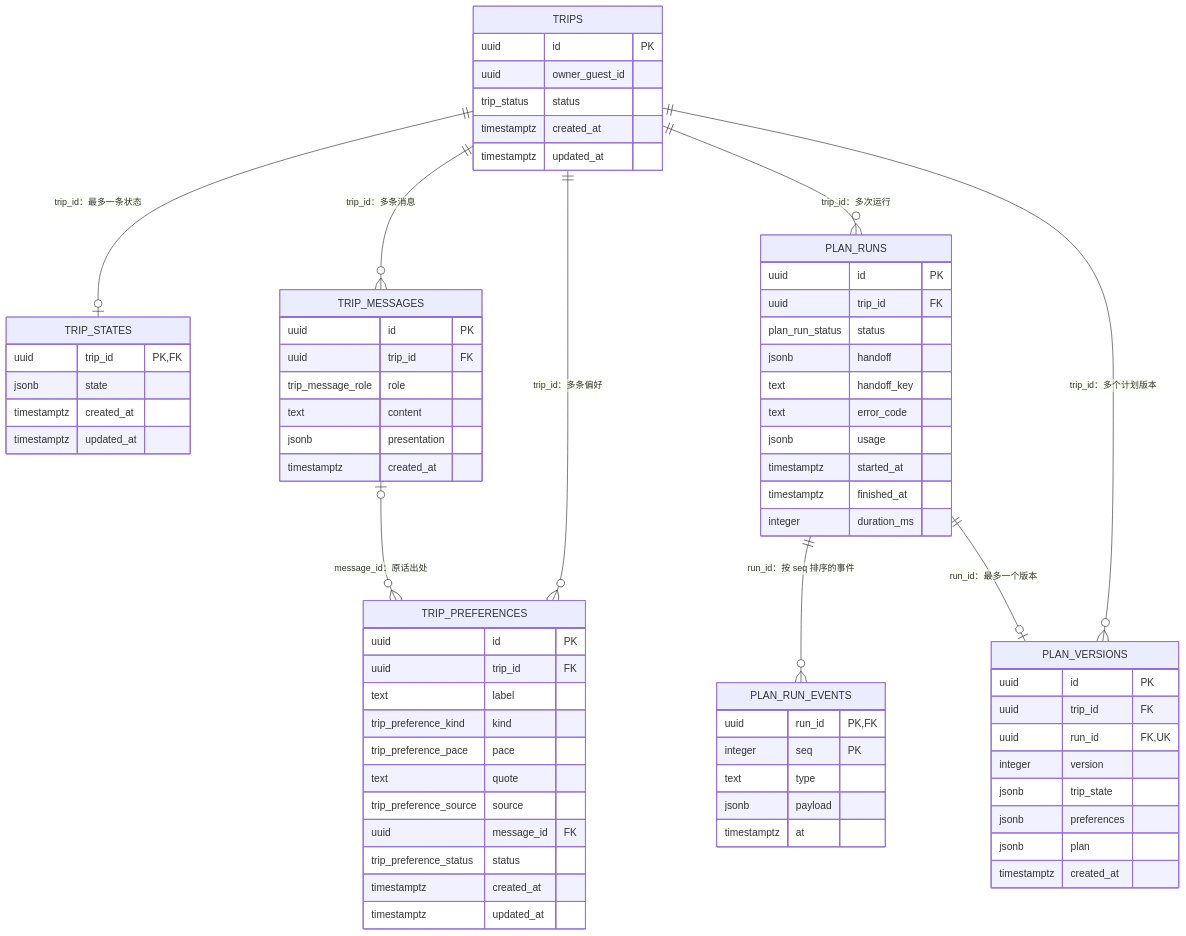
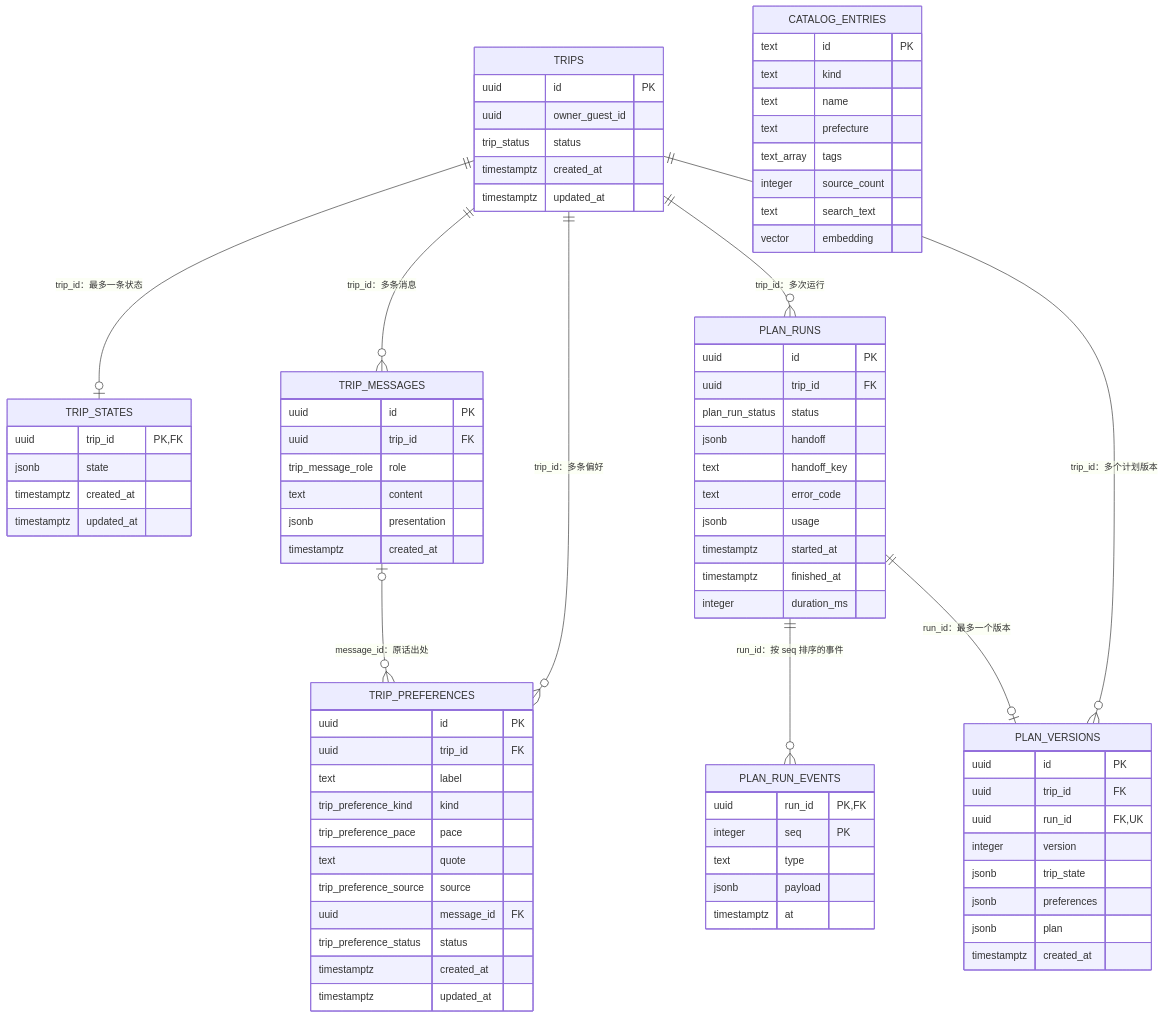
One commit to meiyulin22/Meri-Road-Trip changed the diagram in docs/DATABASE_SCHEMA.md. Above: the diagram before and after it, drawn with Mermaid. The commit also changed other lines of this file and 21 other files, not shown here.

First line of the commit message:
feat(catalog): catalog_entries table and import script 1.2201

```diff
--- a/docs/DATABASE_SCHEMA.md
+++ b/docs/DATABASE_SCHEMA.md
@@ -89,6 +90,16 @@
     jsonb payload
     timestamptz at
   }
+  CATALOG_ENTRIES {
+    text id PK
+    text kind
+    text name
+    text prefecture
+    text_array tags
+    integer source_count
+    text search_text
+    vector embedding
+  }
   PLAN_VERSIONS {
     uuid id PK
     uuid trip_id FK
```
